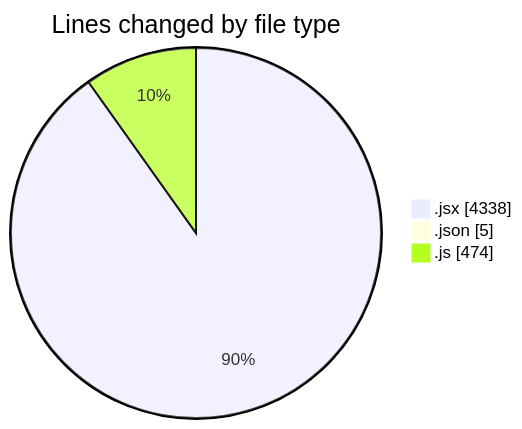
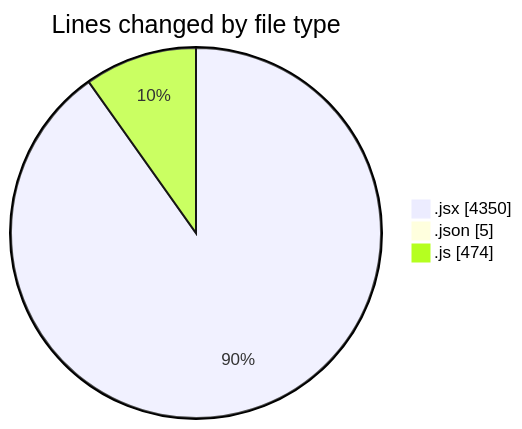
Before and after one commit to nxtqubesakshisongat/code-tracking: the first of 2 diagrams in 2025-11-18/nxtqube_webapp/README.md, drawn with Mermaid. The commit also changed other lines of this file and 1 other file, not shown here.

````diff
--- a/2025-11-18/nxtqube_webapp/README.md
+++ b/2025-11-18/nxtqube_webapp/README.md
@@ -26,7 +26,7 @@
 ```mermaid
 pie showData
 title Lines changed by file type
-".jsx" : 4338
+".jsx" : 4350
 ".json" : 5
 ".js" : 474
 ```
````
